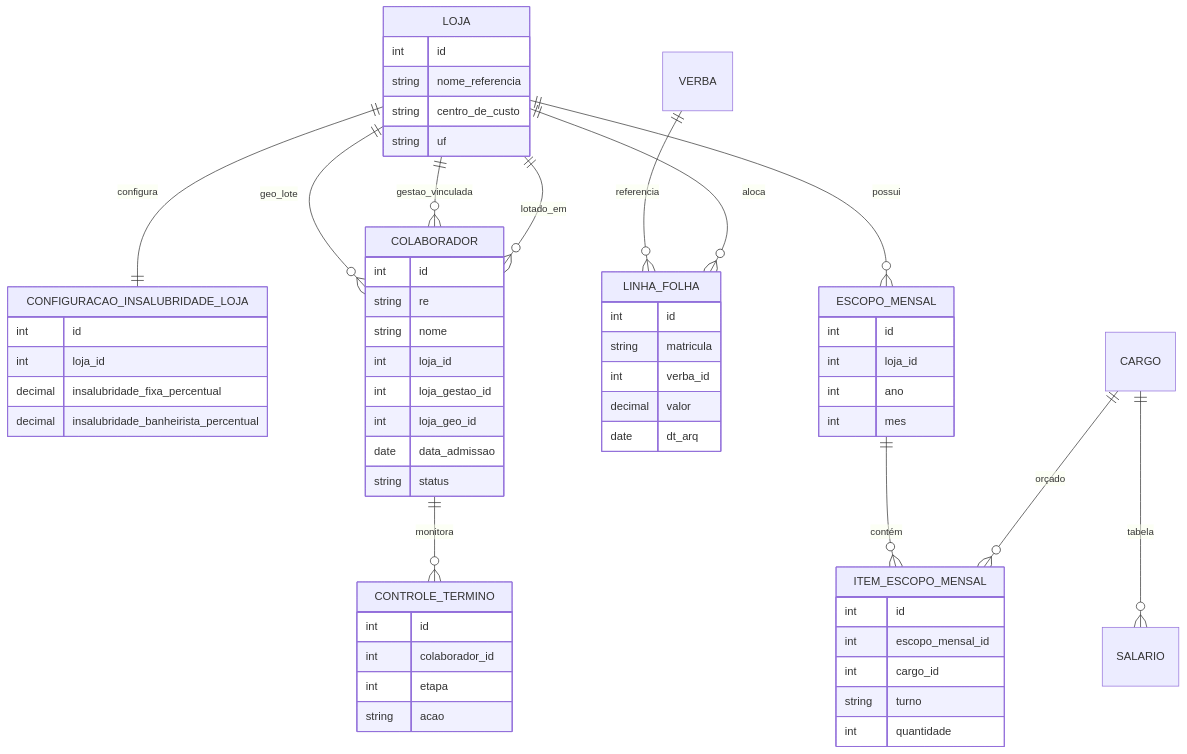
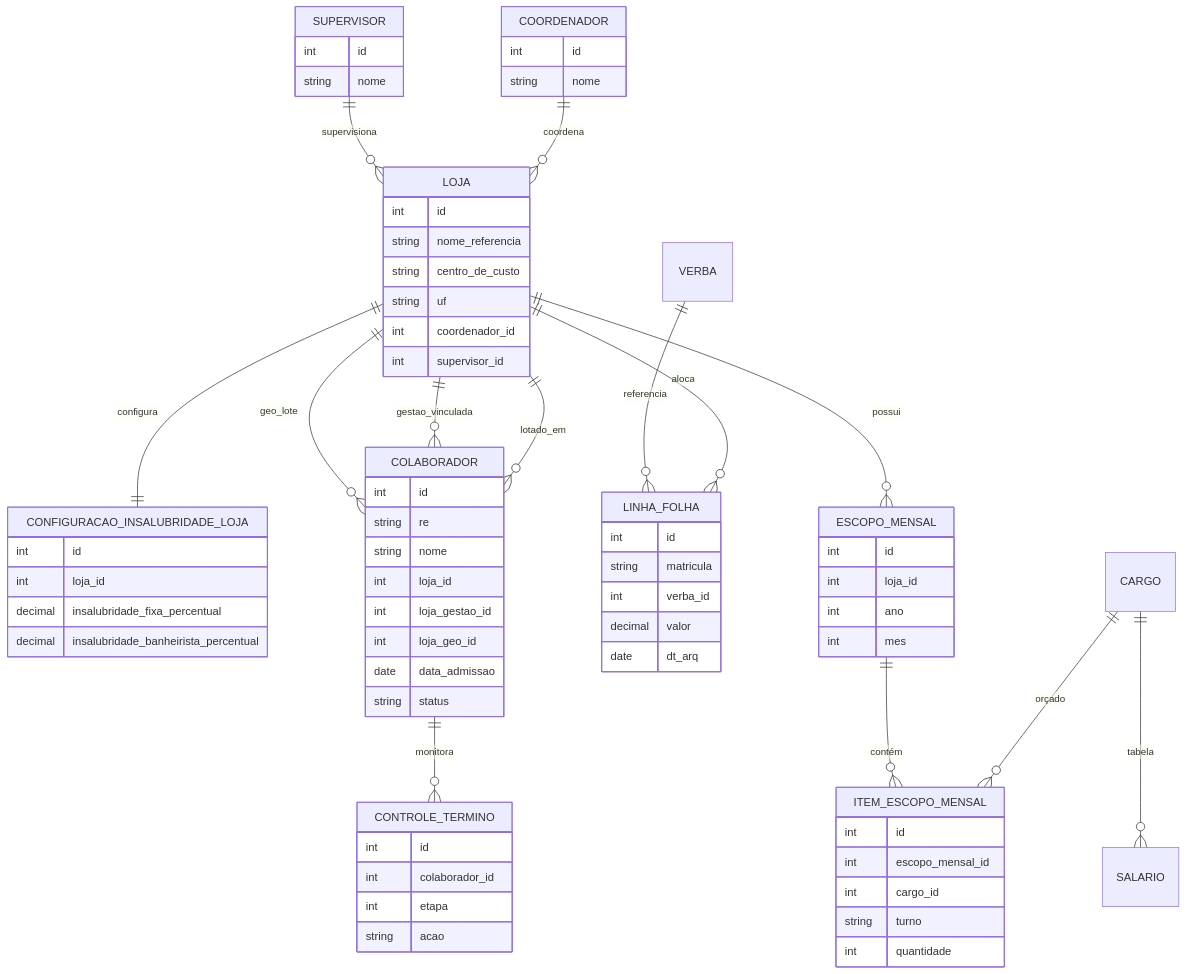
The second of 2 diagrams in README.md (guisatoru/analises-operacionais), drawn with Mermaid before and after one commit. The commit also changed other lines of this file, not shown here.

````diff
--- a/README.md
+++ b/README.md
@@ -420,63 +71,75 @@
 ```mermaid
 erDiagram
+    COORDENADOR ||--o{ LOJA : "coordena"
+    SUPERVISOR ||--o{ LOJA : "supervisiona"
     LOJA ||--|| CONFIGURACAO_INSALUBRIDADE_LOJA : "configura"
     LOJA ||--o{ ESCOPO_MENSAL : "possui"
     LOJA ||--o{ LINHA_FOLHA : "aloca"
     LOJA ||--o{ COLABORADOR : "lotado_em"
     LOJA ||--o{ COLABORADOR : "gestao_vinculada"
     LOJA ||--o{ COLABORADOR : "geo_lote"
     CARGO ||--o{ SALARIO : "tabela"
     CARGO ||--o{ ITEM_ESCOPO_MENSAL : "orçado"
     ESCOPO_MENSAL ||--o{ ITEM_ESCOPO_MENSAL : "contém"
     VERBA ||--o{ LINHA_FOLHA : "referencia"
     COLABORADOR ||--o{ CONTROLE_TERMINO : "monitora"
     
+    COORDENADOR {
+        int id
+        string nome
+    }
+    SUPERVISOR {
+        int id
+        string nome
+    }
     LOJA {
         int id
         string nome_referencia
         string centro_de_custo
         string uf
+        int coordenador_id
+        int supervisor_id
     }
     CONFIGURACAO_INSALUBRIDADE_LOJA {
         int id
         int loja_id
         decimal insalubridade_fixa_percentual
         decimal insalubridade_banheirista_percentual
     }
     ESCOPO_MENSAL {
         int id
         int loja_id
         int ano
         int mes
     }
     ITEM_ESCOPO_MENSAL {
         int id
         int escopo_mensal_id
         int cargo_id
         string turno
         int quantidade
     }
     COLABORADOR {
         int id
         string re
         string nome
         int loja_id
         int loja_gestao_id
         int loja_geo_id
         date data_admissao
         string status
     }
     CONTROLE_TERMINO {
         int id
         int colaborador_id
         int etapa
         string acao
     }
     LINHA_FOLHA {
         int id
         string matricula
         int verba_id
         decimal valor
         date dt_arq
     }
 ```
````
